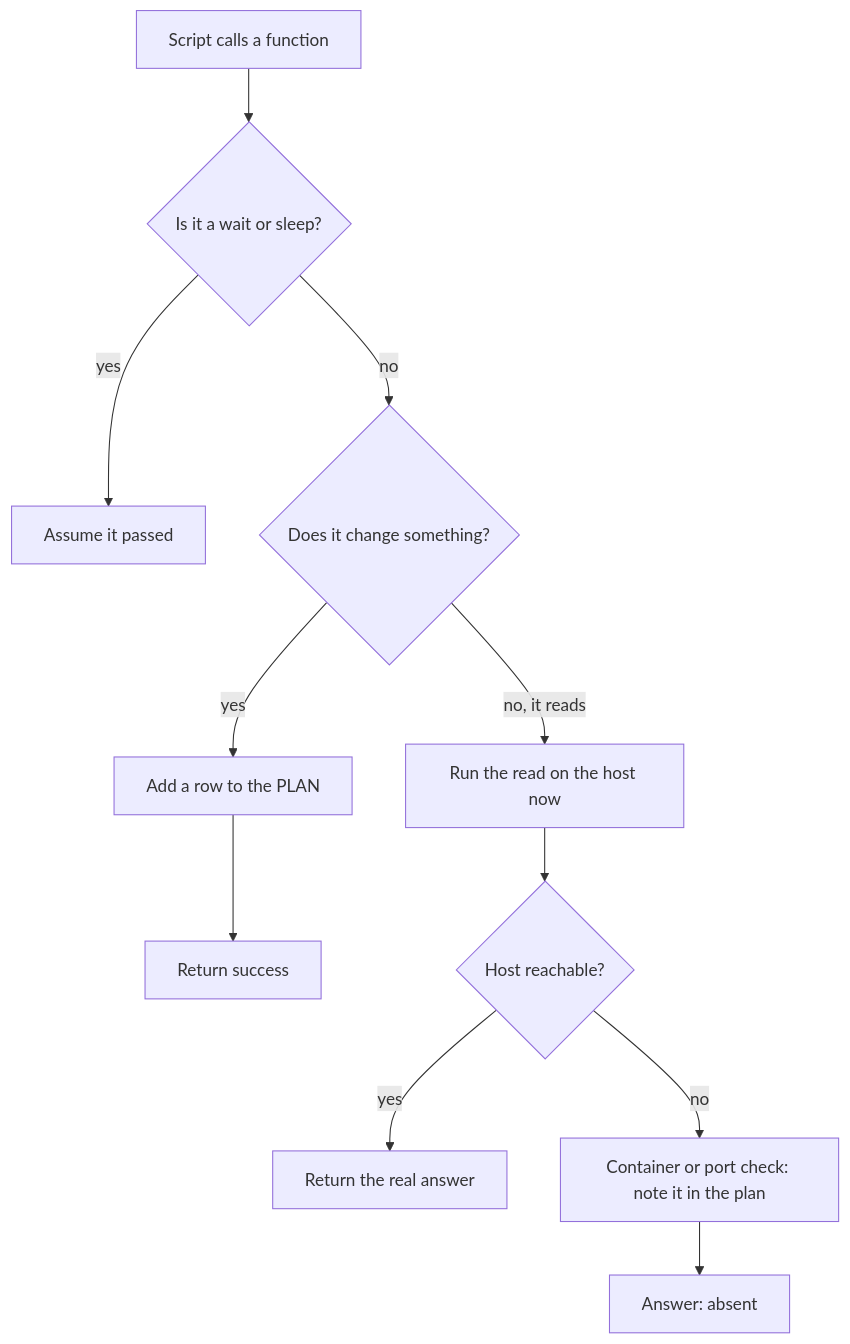
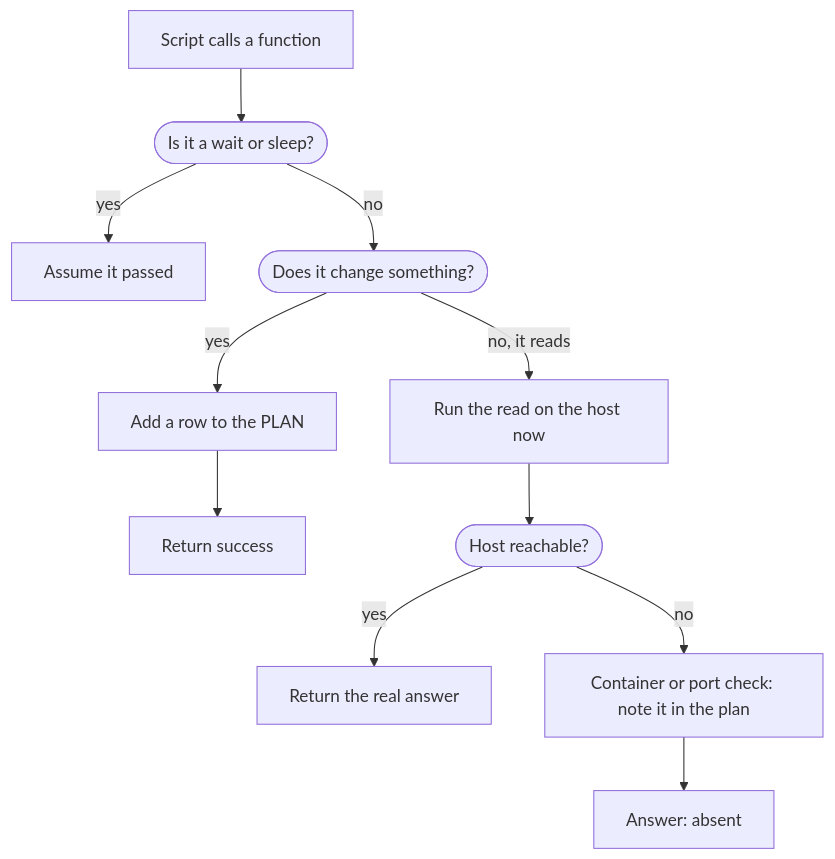
One commit to inou/nrgize-rs changed the diagram in docs/dry-run.md. Above: the diagram before and after it, drawn with Mermaid. The commit also changed 6 other files, not shown here.

First line of the commit message:
Tidy the documentation diagrams

````diff
--- a/docs/dry-run.md
+++ b/docs/dry-run.md
@@ -85,13 +85,13 @@
 ```mermaid
 flowchart TD
-    A[Script calls a function] --> J{Is it a wait or sleep?}
+    A[Script calls a function] --> J([Is it a wait or sleep?]):::ask
     J -- yes --> K[Assume it passed]
-    J -- no --> B{Does it change something?}
+    J -- no --> B([Does it change something?]):::ask
     B -- yes --> C[Add a row to the PLAN]
     C --> D[Return success]
     B -- "no, it reads" --> E[Run the read on the host now]
-    E --> F{Host reachable?}
+    E --> F([Host reachable?]):::ask
     F -- yes --> G[Return the real answer]
     F -- no --> H[Container or port check: note it in the plan]
     H --> I[Answer: absent]
 ```
````
